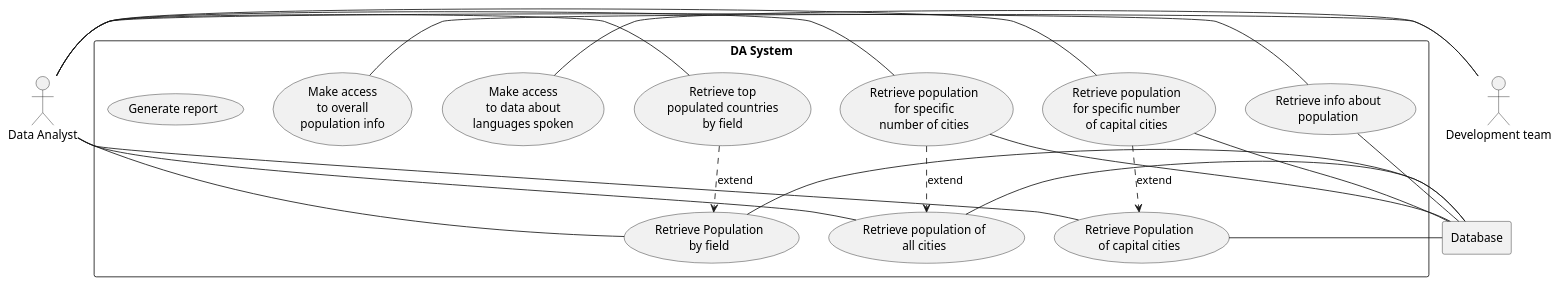
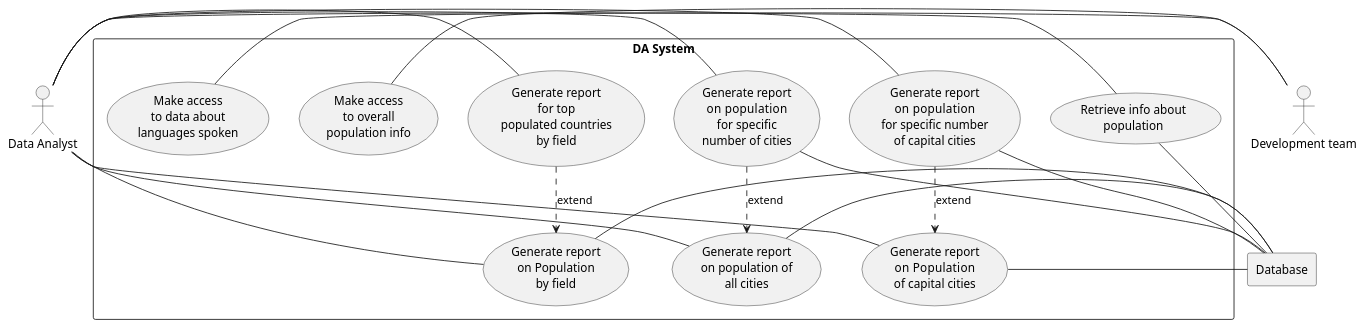
Before and after one commit to omonimus1/SEM_group_project: the diagram in use-cases/DA System.puml, drawn with PlantUML.

Commit message:
Updating UML

```diff
--- a/use-cases/DA System.puml
+++ b/use-cases/DA System.puml
@@ -1,69 +1,76 @@
 @startuml
 
 actor DA as "Data Analyst"
 
 actor DT as "Development team"
 
 
 rectangle Database
 
 rectangle "DA System" {
- usecase UC1 as "Retrieve Population
+ usecase UC1 as "Generate report
+  on Population
  by field"
- usecase UC2 as "Retrieve top
+ usecase UC2 as "Generate report
+  for top
  populated countries
   by field"
- usecase UC3 as "Retrieve population of
+ usecase UC3 as "Generate report
+  on population of
  all cities"
- usecase UC4 as "Retrieve population
+ usecase UC4 as "Generate report
+                   on  population
  for specific
  number of cities"
- usecase UC5 as "Retrieve Population
+ usecase UC5 as "Generate report
+                   on  Population
  of capital cities"
- usecase UC6 as "Retrieve population
+ usecase UC6 as "Generate report
+                   on  population
  for specific number
  of capital cities"
  usecase UC7 as "Retrieve info about
  population"
  usecase UC8 as "Make access
  to overall
  population info"
  usecase UC9 as "Make access
  to data about
  languages spoken"
 
-    usecase UCa AS "Generate report"
+
+
 
 
    DA - UC1
    DA - UC2
    DA - UC3
    DA - UC4
    DA - UC5
    DA - UC6
    DA - UC7
    DT - UC8
    DT - UC9
 
 
    UC2 ..> UC1 : extend
 
    UC4 ..>UC3 : extend
 
    UC6 ..> UC5 : extend
 
 
 
    UC1 - Database
 
    UC3 - Database
    UC4 - Database
    UC5 - Database
    UC6 - Database
    UC7 - Database
 
 
 
 }
 
 @enduml
```
